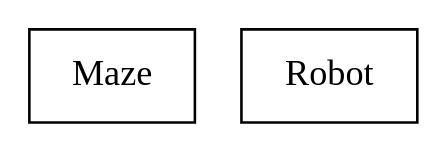
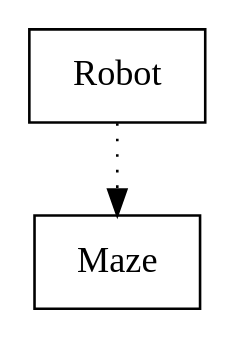
One commit to valanm22/FormalMethodsCoursework changed the diagram in bdp/FormalMethodsCoursework.dot. Above: the diagram before and after it, drawn with Graphviz. The commit also changed 17 other files, not shown here.

```diff
--- a/bdp/FormalMethodsCoursework.dot
+++ b/bdp/FormalMethodsCoursework.dot
@@ -1,5 +1,6 @@
 digraph {
 Maze [ label=" Maze " shape= box ]
 Robot [ label=" Robot " shape= box ]
 
+"Robot" -> "Maze" [style= dotted ]
 }
```
